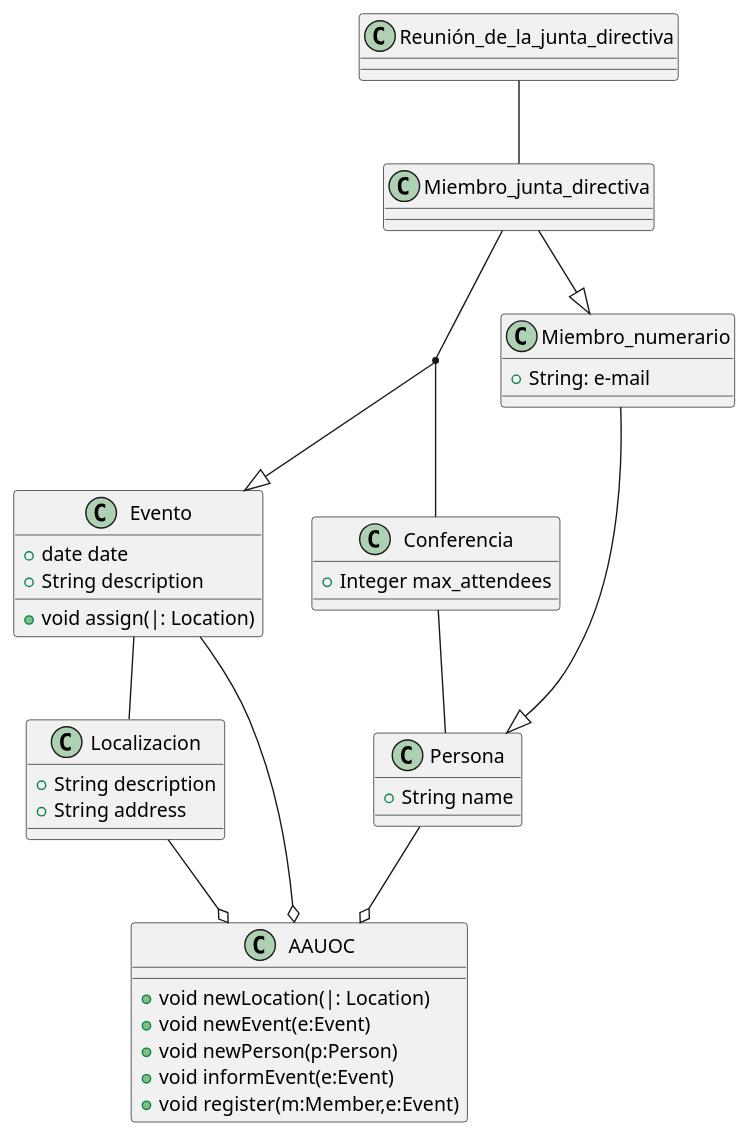
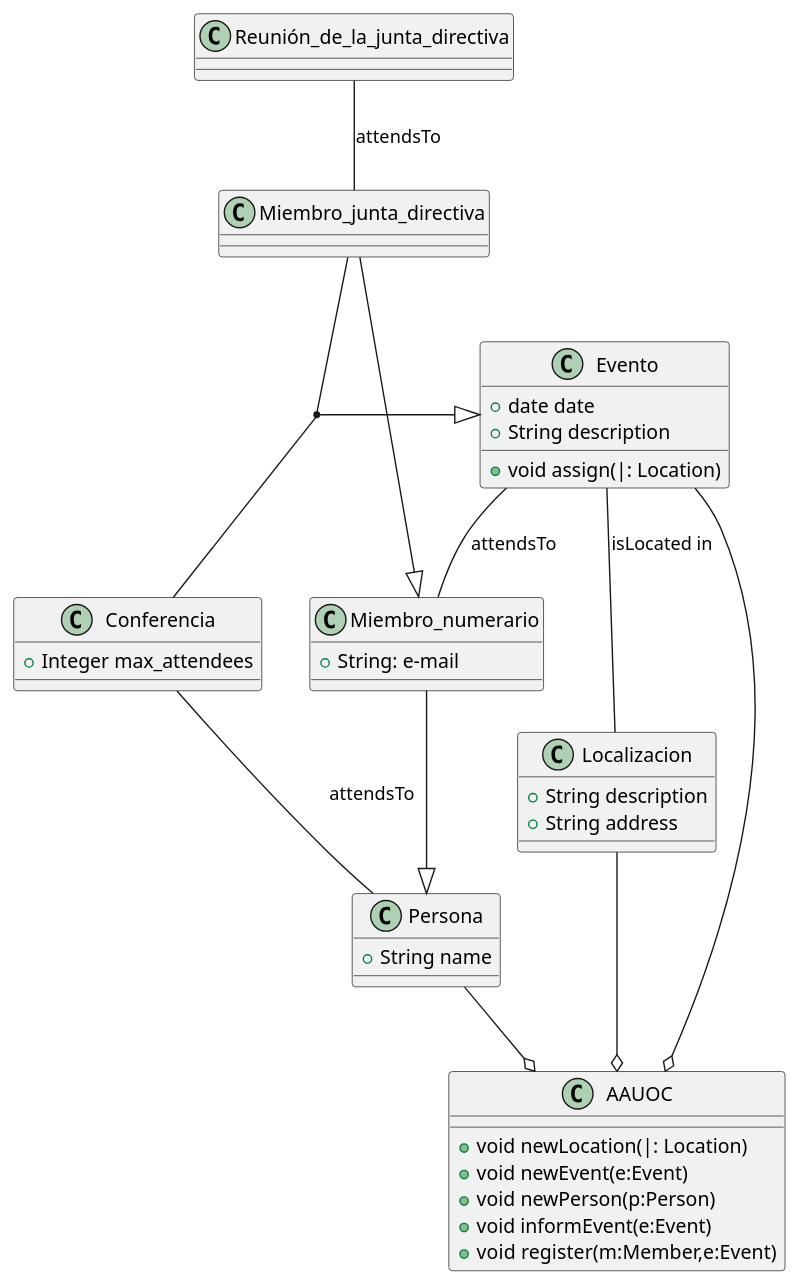
One commit to moevius237/Practica-Diagramas-UML-PAblo changed the diagram in src/PabloDiagrama.puml. Above: the diagram before and after it, drawn with PlantUML.

Commit message:
Todos los metodos añadidos

```diff
--- a/src/PabloDiagrama.puml
+++ b/src/PabloDiagrama.puml
@@ -1,49 +1,50 @@
 @startuml
 class Miembro_numerario{
  +String: e-mail
 }
 
 class Miembro_junta_directiva
 
 class Conferencia {
  +Integer max_attendees
 
 }
 
 class Evento {
  +date date
  +String description
  +void assign(|: Location)
 }
 
 class Reunión_de_la_junta_directiva
 
 class Localizacion {
 +String description
  +String address
 }
 
 class Persona{
 +String name
 
 }
 
 class AAUOC{
 +void newLocation(|: Location)
     +void newEvent(e:Event)
     +void newPerson(p:Person)
     +void informEvent(e:Event)
     +void register(m:Member,e:Event)
 
 }
 
 Miembro_numerario--|>Persona
 Miembro_junta_directiva--|>Miembro_numerario
 (Miembro_junta_directiva, Conferencia) --|> Evento
+Evento -- Miembro_numerario :attendsTo
 Evento --o AAUOC
-Evento -- Localizacion
+Evento -- Localizacion:isLocated in
 Localizacion --o AAUOC
 Persona --o AAUOC
-Reunión_de_la_junta_directiva -- Miembro_junta_directiva
-Conferencia -- Persona
+Reunión_de_la_junta_directiva -- Miembro_junta_directiva :attendsTo
+Conferencia -- Persona :attendsTo
 @enduml
```
